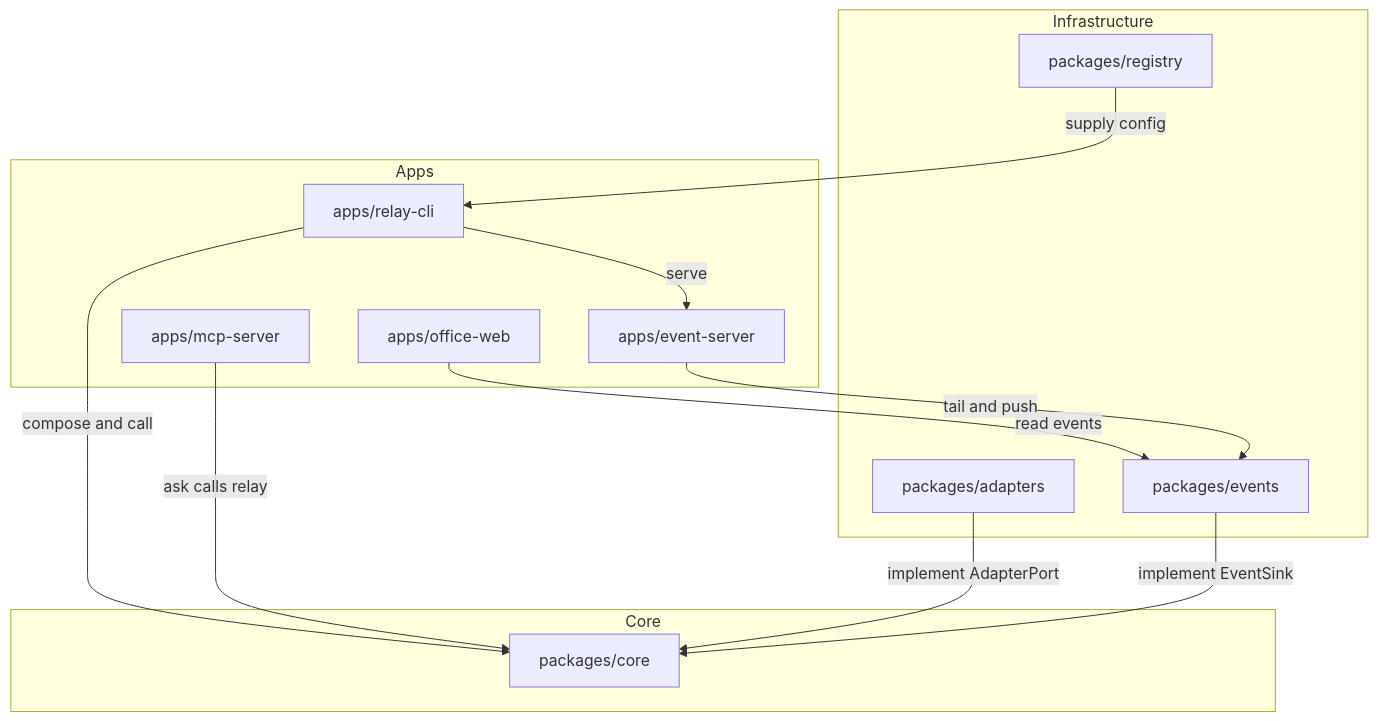
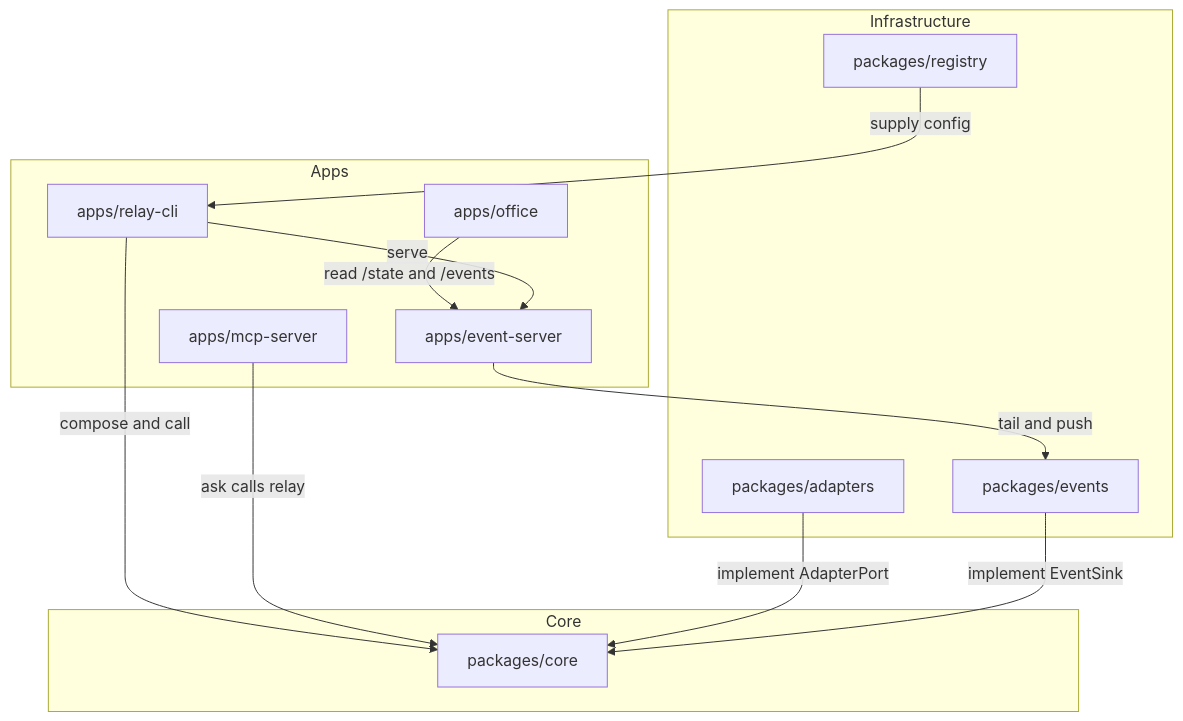
One commit to huowa-ai/grokbot-ai-office changed the diagram in README.en.md. Above: the diagram before and after it, drawn with Mermaid. The commit also changed other lines of this file and 71 other files, not shown here.

````diff
--- a/README.en.md
+++ b/README.en.md
@@ -31,25 +31,25 @@
 ```mermaid
 flowchart TB
   subgraph appLayer [Apps]
     cli[apps/relay-cli]
     mcp[apps/mcp-server]
     server[apps/event-server]
-    web[apps/office-web]
+    web[apps/office]
   end
   subgraph coreLayer [Core]
     core[packages/core]
   end
   subgraph infraLayer [Infrastructure]
     adapters[packages/adapters]
     registry[packages/registry]
     events[packages/events]
   end
   cli -->|compose and call| core
   mcp -->|ask calls relay| core
   adapters -->|implement AdapterPort| core
   registry -->|supply config| cli
   events -->|implement EventSink| core
-  web -->|read events| events
+  web -->|read /state and /events| server
   server -->|tail and push| events
   cli -->|serve| server
 ```
````
